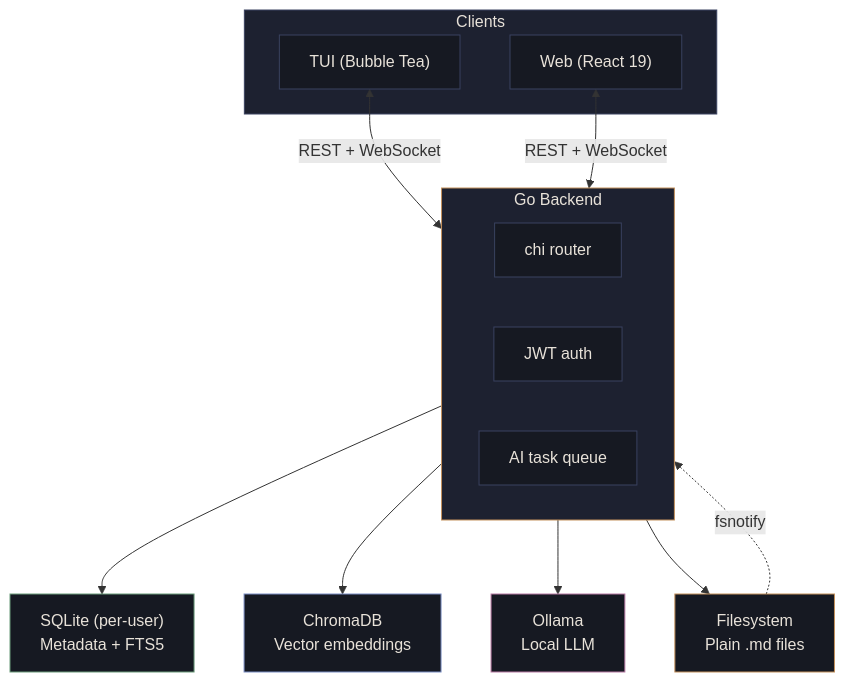
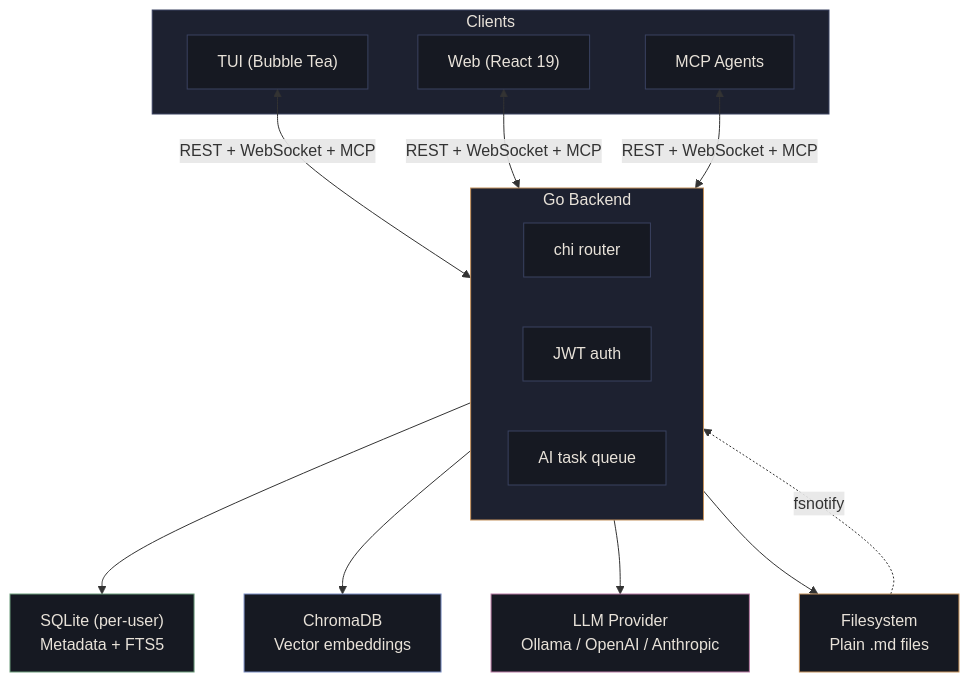
Before and after one commit to 0spoon/seam: the diagram in README.md, drawn with Mermaid. The commit also changed other lines of this file and 1 other file, not shown here.

````diff
--- a/README.md
+++ b/README.md
@@ -79,34 +201,36 @@
 ```mermaid
 graph TD
     subgraph Clients
         TUI["TUI (Bubble Tea)"]
         Web["Web (React 19)"]
+        MCP["MCP Agents"]
     end
 
-    TUI & Web <-->|"REST + WebSocket"| Backend
+    TUI & Web & MCP <-->|"REST + WebSocket + MCP"| Backend
 
     subgraph Backend["Go Backend"]
         Router["chi router"]
         Auth["JWT auth"]
         Queue["AI task queue"]
     end
 
     Backend --> SQLite["SQLite (per-user)<br/>Metadata + FTS5"]
     Backend --> Chroma["ChromaDB<br/>Vector embeddings"]
-    Backend --> Ollama["Ollama<br/>Local LLM"]
+    Backend --> LLM["LLM Provider<br/>Ollama / OpenAI / Anthropic"]
     Backend --> FS["Filesystem<br/>Plain .md files"]
 
     FS -.->|"fsnotify"| Backend
 
     style Backend fill:#1d2130,stroke:#c4915c,color:#e8e2d9
     style Clients fill:#1d2130,stroke:#3a4260,color:#e8e2d9
     style TUI fill:#161922,stroke:#3a4260,color:#e8e2d9
     style Web fill:#161922,stroke:#3a4260,color:#e8e2d9
+    style MCP fill:#161922,stroke:#3a4260,color:#e8e2d9
     style Router fill:#161922,stroke:#3a4260,color:#e8e2d9
     style Auth fill:#161922,stroke:#3a4260,color:#e8e2d9
     style Queue fill:#161922,stroke:#3a4260,color:#e8e2d9
     style SQLite fill:#161922,stroke:#6b9b7a,color:#e8e2d9
     style Chroma fill:#161922,stroke:#7b8ec4,color:#e8e2d9
-    style Ollama fill:#161922,stroke:#b87ba4,color:#e8e2d9
+    style LLM fill:#161922,stroke:#b87ba4,color:#e8e2d9
     style FS fill:#161922,stroke:#c4915c,color:#e8e2d9
 ```
````
